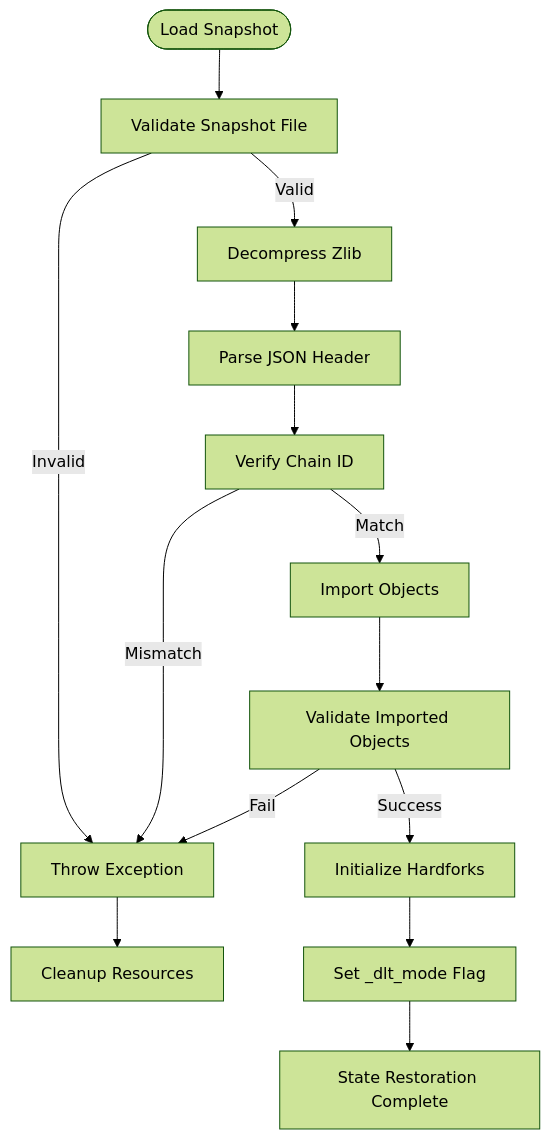
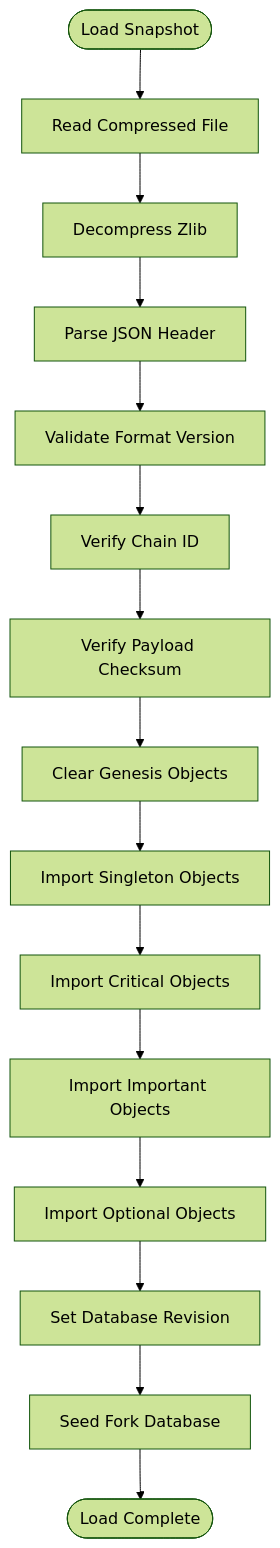
Before and after one commit to VIZ-Blockchain/viz-cpp-node: the fourth of 6 diagrams in .qoder/repowiki/en/content/Plugin System/Snapshot Plugin System.md, drawn with Mermaid (forest theme). The commit also changed other lines of this file and 8 other files, not shown here.

````diff
--- a/.qoder/repowiki/en/content/Plugin System/Snapshot Plugin System.md
+++ b/.qoder/repowiki/en/content/Plugin System/Snapshot Plugin System.md
@@ -641,16 +183,17 @@
 ```mermaid
 flowchart TD
-Start([Load Snapshot]) --> Validate[Validate Snapshot File]
-Validate --> |Invalid| Error[Throw Exception]
-Validate --> |Valid| Decompress[Decompress Zlib]
-Decompress --> Parse[Parse JSON Header]
-Parse --> Verify[Verify Chain ID]
-Verify --> |Mismatch| Error
-Verify --> |Match| Import[Import Objects]
-Import --> ValidateObjects[Validate Imported Objects]
-ValidateObjects --> |Fail| Error
-ValidateObjects --> |Success| InitializeHF[Initialize Hardforks]
-InitializeHF --> SetDLTMode[Set _dlt_mode Flag]
-SetDLTMode --> Success[State Restoration Complete]
-Error --> Cleanup[Cleanup Resources]
+Start([Load Snapshot]) --> ReadFile["Read Compressed File"]
+ReadFile --> Decompress["Decompress Zlib"]
+Decompress --> ParseJSON["Parse JSON Header"]
+ParseJSON --> ValidateVersion["Validate Format Version"]
+ValidateVersion --> CheckChainID["Verify Chain ID"]
+CheckChainID --> ChecksumVerify["Verify Payload Checksum"]
+ChecksumVerify --> ClearGenesis["Clear Genesis Objects"]
+ClearGenesis --> ImportSingletons["Import Singleton Objects"]
+ImportSingletons --> ImportCritical["Import Critical Objects"]
+ImportCritical --> ImportImportant["Import Important Objects"]
+ImportImportant --> ImportOptional["Import Optional Objects"]
+ImportOptional --> SetRevision["Set Database Revision"]
+SetRevision --> SeedForkDB["Seed Fork Database"]
+SeedForkDB --> Complete([Load Complete])
 ```
````
